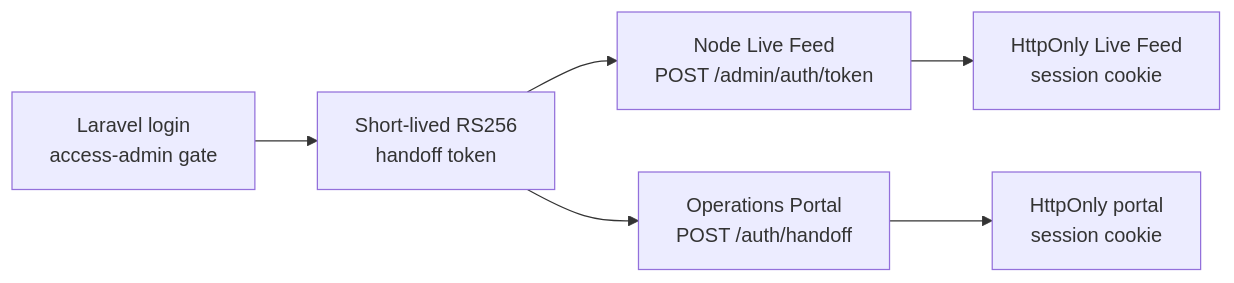
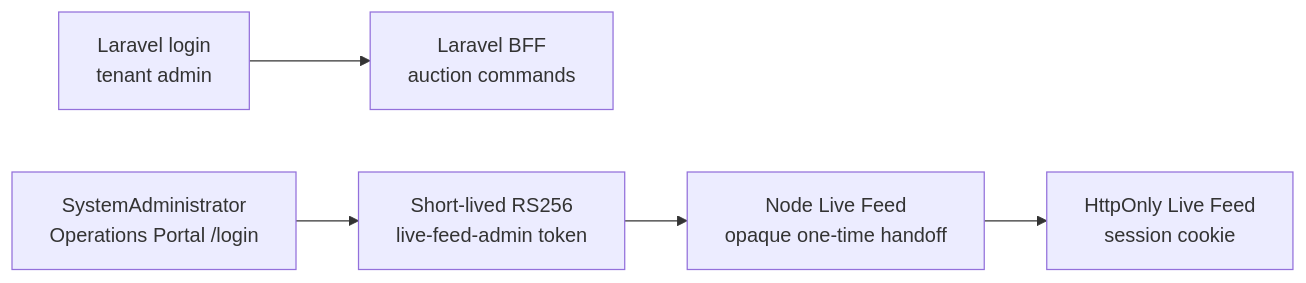
One commit to pancakebaker/distributed-bidding-auction-platform changed the fourth of 4 diagrams in README.md. Above: the diagram before and after it, drawn with Mermaid. The commit also changed other lines of this file and 43 other files, not shown here.

Commit message:
Remove legacy Laravel system admin handoff

````diff
--- a/README.md
+++ b/README.md
@@ -148,8 +148,7 @@
 ```mermaid
 flowchart LR
-    L[Laravel login<br/>access-admin gate] --> T[Short-lived RS256<br/>handoff token]
-    T --> N[Node Live Feed<br/>POST /admin/auth/token]
+    L[Laravel login<br/>tenant admin] --> B[Laravel BFF<br/>auction commands]
+    S[SystemAdministrator<br/>Operations Portal /login] --> T[Short-lived RS256<br/>live-feed-admin token]
+    T --> N[Node Live Feed<br/>opaque one-time handoff]
     N --> NC[HttpOnly Live Feed<br/>session cookie]
-    T --> A[Operations Portal<br/>POST /auth/handoff]
-    A --> AC[HttpOnly portal<br/>session cookie]
 ```
````
